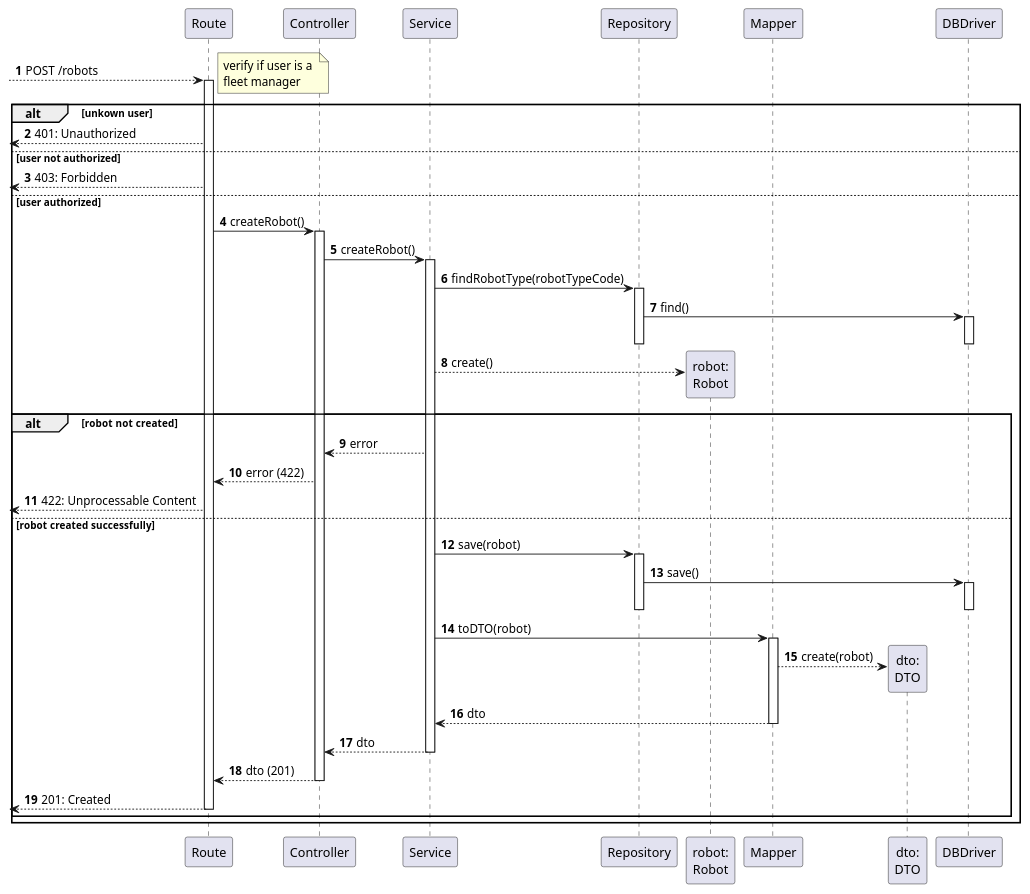
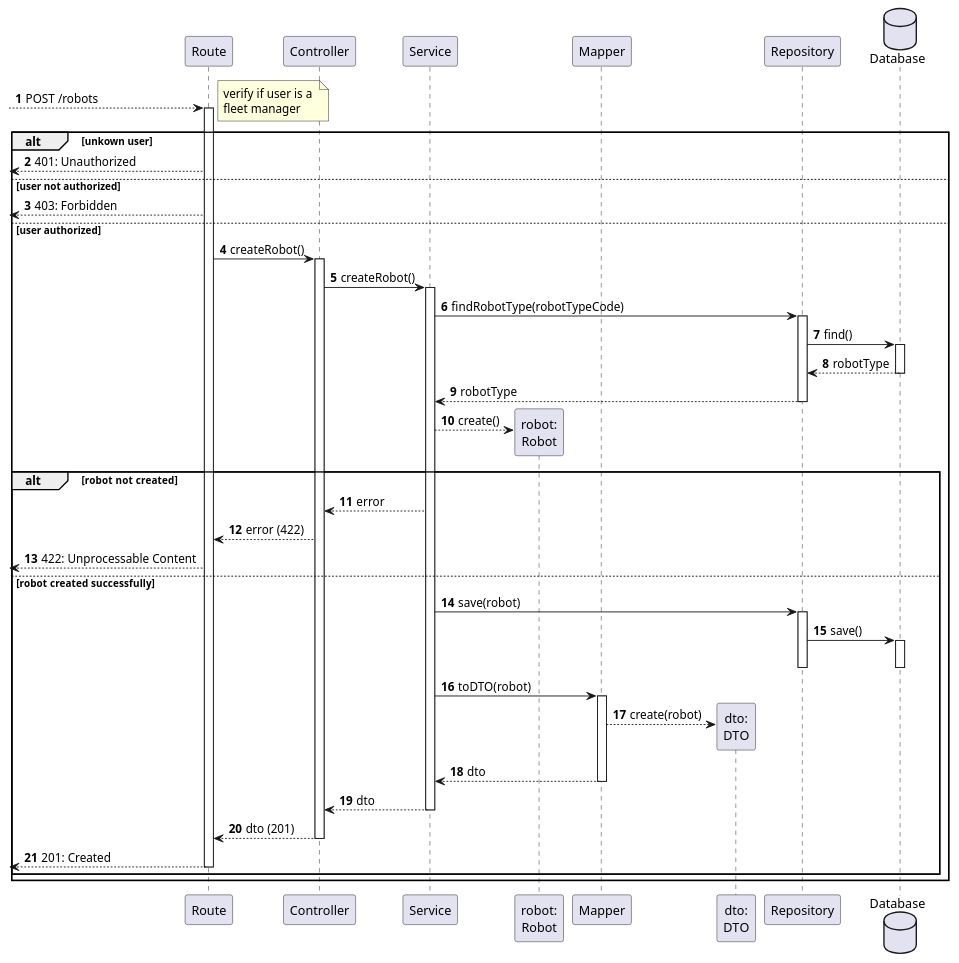
One commit to Departamento-de-Engenharia-Informatica/lapr5-23-24-g19 changed the diagram in docs/us360/level3/process-view.puml. Above: the diagram before and after it, drawn with PlantUML. The commit also changed 1 other file, not shown here.

```diff
--- a/docs/us360/level3/process-view.puml
+++ b/docs/us360/level3/process-view.puml
@@ -1,72 +1,74 @@
 @startuml
 autonumber
 
 participant "Route" as r
 participant "Controller" as ctrl
 participant "Service" as svc
-participant "Repository" as repo
 
 participant "robot:\nRobot" as b
 participant "Mapper" as map
 participant "dto:\nDTO" as dto
+participant "Repository" as repo
 
-participant "DBDriver" as db
+database "Database" as db
 
 [--> r : POST /robots
 activate r
     note right : verify if user is a \nfleet manager
     alt unkown user
         [<-- r : 401: Unauthorized
     else user not authorized
         [<-- r : 403: Forbidden
     else user authorized
 
     r -> ctrl : createRobot()
     activate ctrl
         ctrl -> svc : createRobot()
         activate svc
             svc -> repo : findRobotType(robotTypeCode)
             activate repo
                 repo -> db : find()
                 activate db
+                    db --> repo : robotType
                 deactivate db
+                repo --> svc : robotType
             deactivate repo
 
             svc --> b ** : create()
             ' activate b
             ' deactivate b
 
             alt robot  not created
                 svc --> ctrl : error
                 ctrl --> r : error (422)
                 [<-- r : 422: Unprocessable Content
             else robot  created successfully
             svc -> repo : save(robot)
             activate repo
                 repo -> db : save()
                 activate db
                 deactivate db
             deactivate repo
 
             svc -> map : toDTO(robot)
             activate map
                 map --> dto **: create(robot)
 
                 ' activate dto
                 ' deactivate dto
 
                 map --> svc : dto
             deactivate map
 
             svc --> ctrl : dto
         deactivate svc
 
         ctrl --> r : dto (201)
     deactivate ctrl
     [<-- r: 201: Created
 deactivate r
 
 end
 end
 
 @enduml
```
